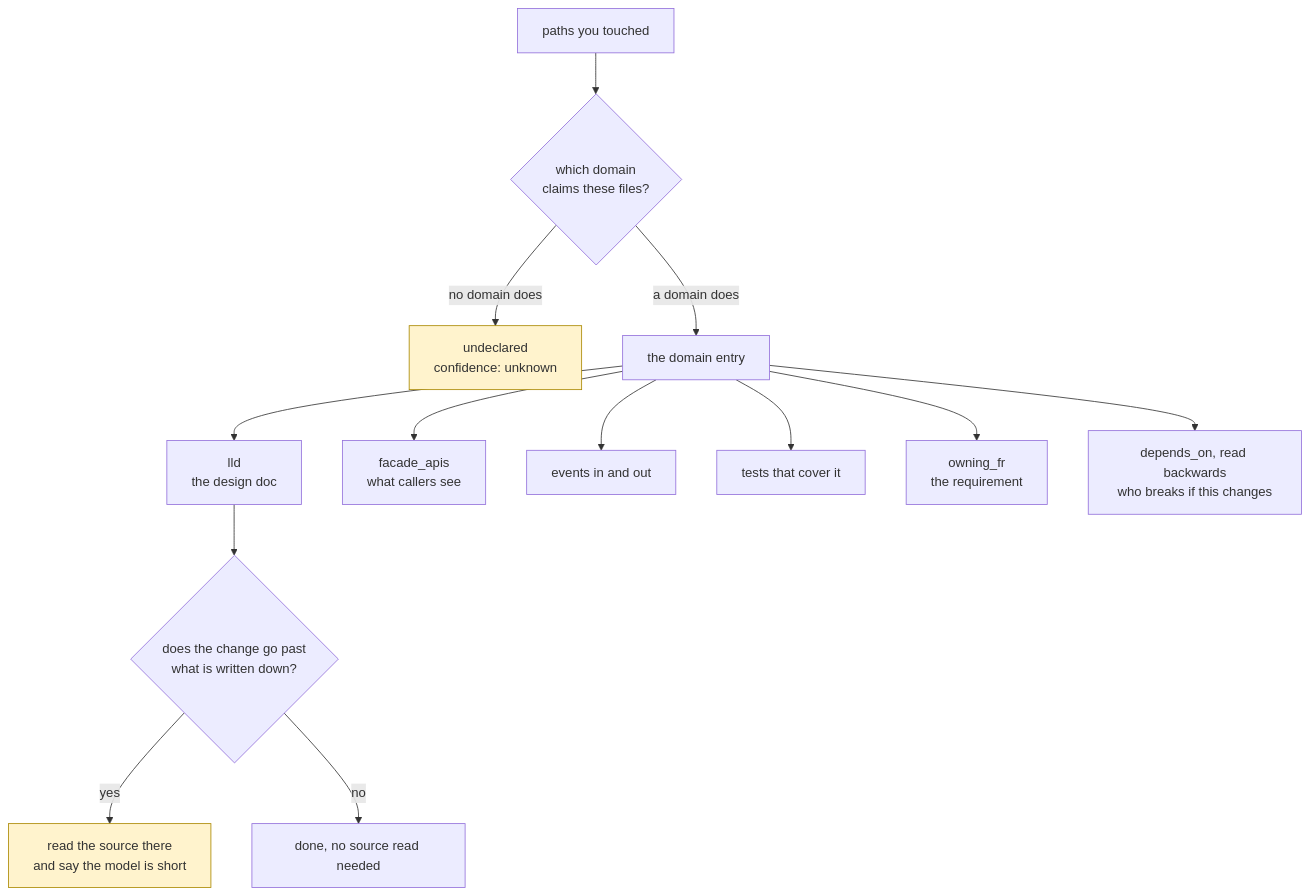
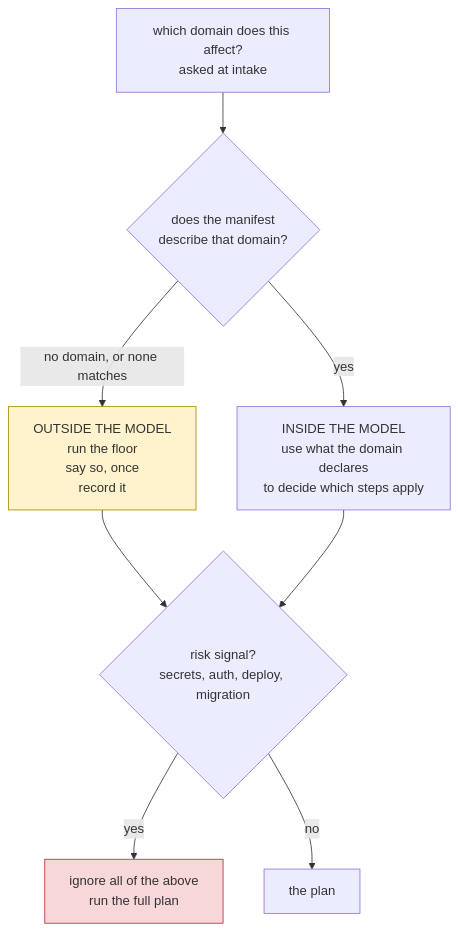
The diagram in docs/design/right-sizing/01-design.md (Prasad-Apparaju/hitl-dev-platform), drawn with Mermaid before and after one commit. The commit also changed other lines of this file, not shown here.

First line of the commit message:
design(right-sizing): rewrite around what HITL actually knows

````diff
--- a/docs/design/right-sizing/01-design.md
+++ b/docs/design/right-sizing/01-design.md
@@ -33,17 +11,14 @@
 ```mermaid
 flowchart TB
-  P["paths you touched"] --> D{"which domain<br>claims these files?"}
-  D -->|"no domain does"| U["undeclared<br>confidence: unknown"]
-  D -->|"a domain does"| M["the domain entry"]
-  M --> L["lld<br>the design doc"]
-  M --> F["facade_apis<br>what callers see"]
-  M --> E["events in and out"]
-  M --> T["tests that cover it"]
-  M --> R["owning_fr<br>the requirement"]
-  M --> DEP["depends_on, read backwards<br>who breaks if this changes"]
-  L --> SRC{"does the change go past<br>what is written down?"}
-  SRC -->|"yes"| READ["read the source there<br>and say the model is short"]
-  SRC -->|"no"| DONE["done, no source read needed"]
-  classDef warn fill:#fff3cd,stroke:#a80
-  class U,READ warn
+  A["which domain does this affect?<br>asked at intake"] --> B{"does the manifest<br>describe that domain?"}
+  B -->|"no domain, or none matches"| C["OUTSIDE THE MODEL<br>run the floor<br>say so, once<br>record it"]
+  B -->|"yes"| D["INSIDE THE MODEL<br>use what the domain declares<br>to decide which steps apply"]
+  C --> E{"risk signal?<br>secrets, auth, deploy, migration"}
+  D --> E
+  E -->|"yes"| F["ignore all of the above<br>run the full plan"]
+  E -->|"no"| G["the plan"]
+  classDef out fill:#fff3cd,stroke:#a80
+  classDef risk fill:#f8d7da,stroke:#a33
+  class C out
+  class F risk
 ```
````
